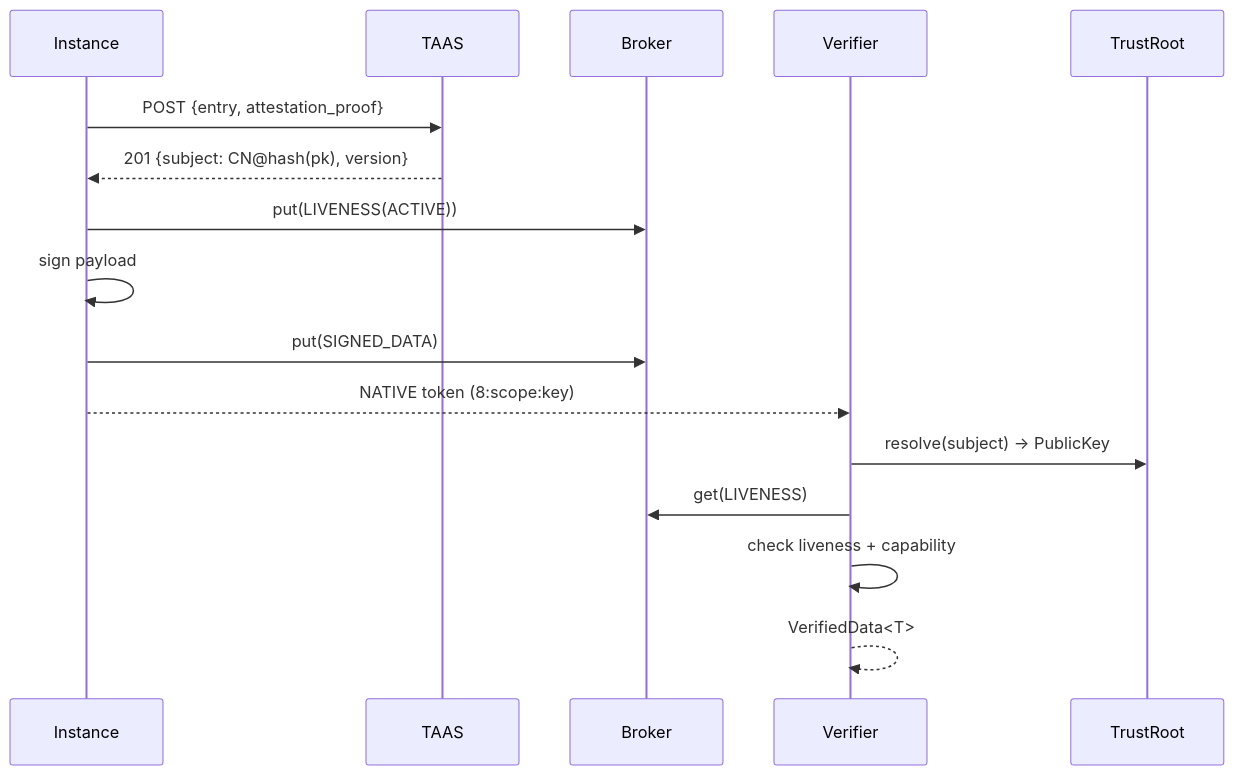
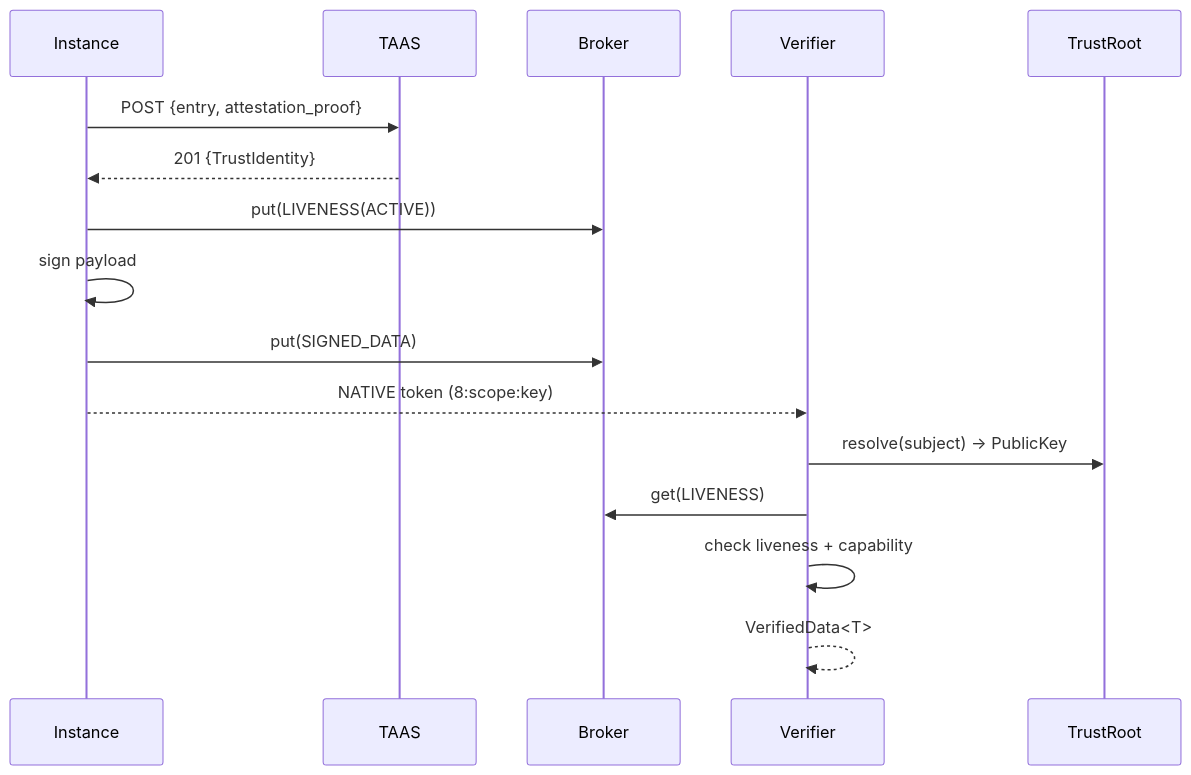
One commit to cyfko/veridot changed the diagram in docs/docs/intro.md. Above: the diagram before and after it, drawn with Mermaid. The commit also changed other lines of this file and 31 other files, not shown here.

Commit message:
docs: align documentation with Veridot V5 Zero-Trust architecture

````diff
--- a/docs/docs/intro.md
+++ b/docs/docs/intro.md
@@ -72,19 +72,19 @@
 ```mermaid
 sequenceDiagram
     participant Instance
     participant TAAS
     participant Broker
     participant Verifier
     participant TrustRoot
 
     Instance->>TAAS: POST {entry, attestation_proof}
-    TAAS-->>Instance: 201 {subject: CN@hash(pk), version}
+    TAAS-->>Instance: 201 {TrustIdentity}
     Instance->>Broker: put(LIVENESS(ACTIVE))
     Instance->>Instance: sign payload
     Instance->>Broker: put(SIGNED_DATA)
     Instance-->>Verifier: NATIVE token (8:scope:key)
     Verifier->>TrustRoot: resolve(subject) -> PublicKey
     Verifier->>Broker: get(LIVENESS)
     Verifier->>Verifier: check liveness + capability
     Verifier-->>Verifier: VerifiedData<T>
 ```
````
